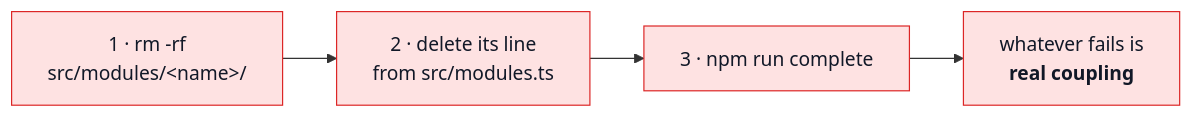
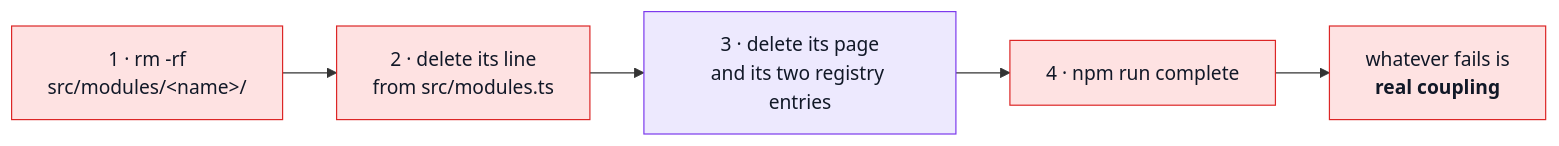
One commit to Guebbit/boilerplate-vue-frontend changed the third of 4 diagrams in docs/theory/module-lifecycle.md. Above: the diagram before and after it, drawn with Mermaid. The commit also changed other lines of this file and 38 other files, not shown here.

````diff
--- a/docs/theory/module-lifecycle.md
+++ b/docs/theory/module-lifecycle.md
@@ -184,9 +215,12 @@
 ```mermaid
 %%{init: {'flowchart': {'nodeSpacing': 40, 'rankSpacing': 45}}}%%
 flowchart LR
     A["1 · rm -rf<br/>src/modules/&lt;name&gt;/"] --> B["2 · delete its line<br/>from src/modules.ts"]
-    B --> C["3 · npm run complete"]
+    B --> P["3 · delete its page<br/>and its two registry entries"]
+    P --> C["4 · npm run complete"]
     C --> D["whatever fails is<br/><b>real coupling</b>"]
     classDef s fill:#fee2e2,stroke:#dc2626,color:#111827;
+    classDef d fill:#ede9fe,stroke:#7c3aed,color:#111827;
     class A,B,C,D s;
+    class P d;
 ```
````
